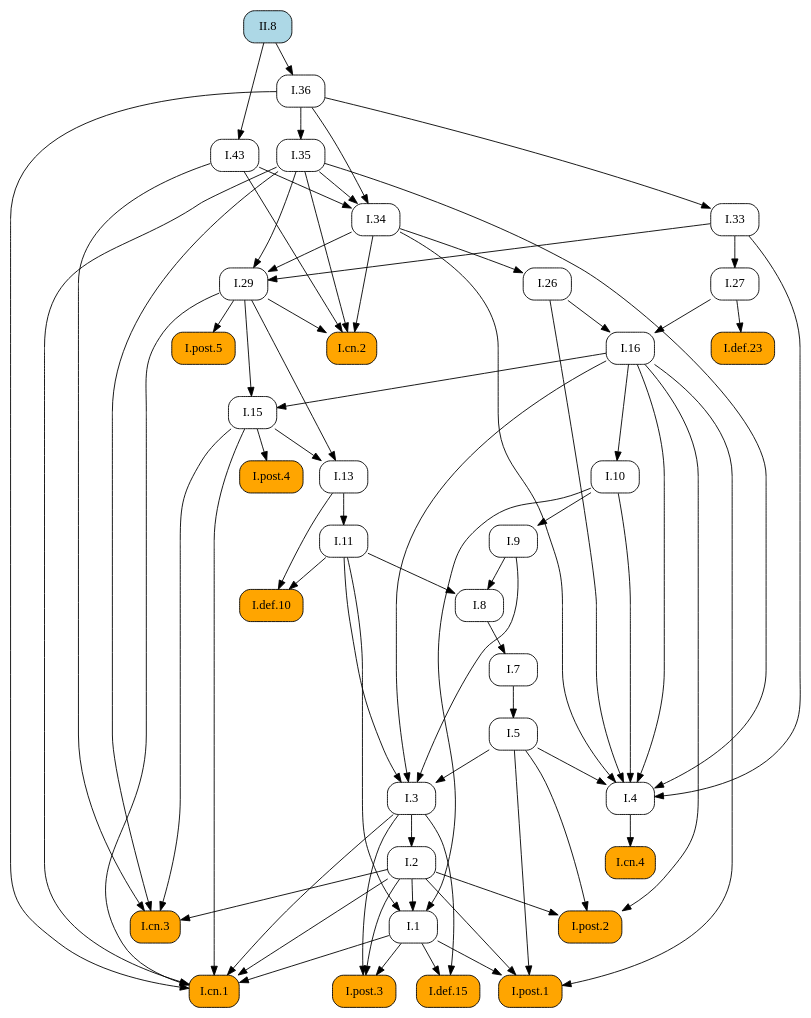
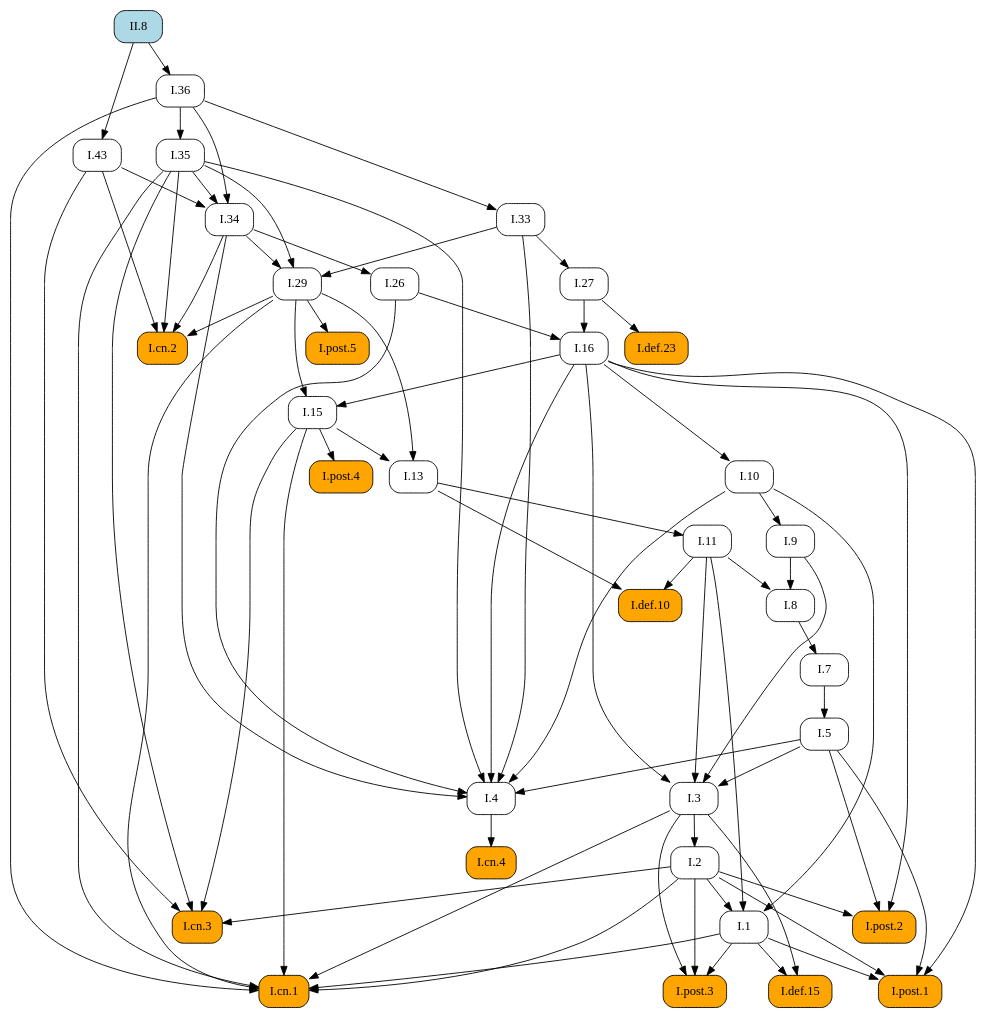
The diagram in docsrc/heath/II/8/index.rst (geometor/elements), drawn with Graphviz before and after one commit. The commit also changed other lines of this file and 1029 other files, not shown here.

```diff
--- a/docsrc/heath/II/8/index.rst
+++ b/docsrc/heath/II/8/index.rst
@@ -124,79 +124,88 @@
    digraph {
      rankdir="TB";
      node [shape=box, style=rounded];
+     "I.def.10" [style="rounded,filled", fillcolor=orange, URL="/heath/I/def.10/", target="_top"];
+     "I.11" [URL="/heath/I/11/", target="_top"];
+     "I.post.4" [style="rounded,filled", fillcolor=orange, URL="/heath/I/post.4/", target="_top"];
+     "I.1" [URL="/heath/I/1/", target="_top"];
+     "I.26" [URL="/heath/I/26/", target="_top"];
+     "I.29" [URL="/heath/I/29/", target="_top"];
+     "I.cn.2" [style="rounded,filled", fillcolor=orange, URL="/heath/I/cn.2/", target="_top"];
+     "I.def.15" [style="rounded,filled", fillcolor=orange, URL="/heath/I/def.15/", target="_top"];
+     "I.post.3" [style="rounded,filled", fillcolor=orange, URL="/heath/I/post.3/", target="_top"];
+     "I.cn.1" [style="rounded,filled", fillcolor=orange, URL="/heath/I/cn.1/", target="_top"];
      "I.cn.3" [style="rounded,filled", fillcolor=orange, URL="/heath/I/cn.3/", target="_top"];
-     "I.29" [URL="/heath/I/29/", target="_top"];
+     "I.43" [URL="/heath/I/43/", target="_top"];
+     "I.post.1" [style="rounded,filled", fillcolor=orange, URL="/heath/I/post.1/", target="_top"];
+     "I.35" [URL="/heath/I/35/", target="_top"];
+     "I.36" [URL="/heath/I/36/", target="_top"];
+     "I.27" [URL="/heath/I/27/", target="_top"];
      "I.7" [URL="/heath/I/7/", target="_top"];
-     "I.27" [URL="/heath/I/27/", target="_top"];
+     "I.34" [URL="/heath/I/34/", target="_top"];
+     "I.3" [URL="/heath/I/3/", target="_top"];
+     "I.2" [URL="/heath/I/2/", target="_top"];
+     "I.4" [URL="/heath/I/4/", target="_top"];
      "I.def.23" [style="rounded,filled", fillcolor=orange, URL="/heath/I/def.23/", target="_top"];
-     "I.34" [URL="/heath/I/34/", target="_top"];
+     "I.13" [URL="/heath/I/13/", target="_top"];
+     "I.33" [URL="/heath/I/33/", target="_top"];
+     "II.8" [style="rounded,filled", fillcolor=lightblue, URL="/heath/II/8/", target="_top"];
+     "I.post.2" [style="rounded,filled", fillcolor=orange, URL="/heath/I/post.2/", target="_top"];
+     "I.16" [URL="/heath/I/16/", target="_top"];
+     "I.9" [URL="/heath/I/9/", target="_top"];
      "I.8" [URL="/heath/I/8/", target="_top"];
-     "I.9" [URL="/heath/I/9/", target="_top"];
-     "I.post.4" [style="rounded,filled", fillcolor=orange, URL="/heath/I/post.4/", target="_top"];
-     "I.2" [URL="/heath/I/2/", target="_top"];
-     "I.def.15" [style="rounded,filled", fillcolor=orange, URL="/heath/I/def.15/", target="_top"];
-     "I.1" [URL="/heath/I/1/", target="_top"];
-     "I.post.1" [style="rounded,filled", fillcolor=orange, URL="/heath/I/post.1/", target="_top"];
      "I.cn.4" [style="rounded,filled", fillcolor=orange, URL="/heath/I/cn.4/", target="_top"];
-     "I.26" [URL="/heath/I/26/", target="_top"];
-     "I.33" [URL="/heath/I/33/", target="_top"];
-     "I.13" [URL="/heath/I/13/", target="_top"];
-     "I.cn.2" [style="rounded,filled", fillcolor=orange, URL="/heath/I/cn.2/", target="_top"];
+     "I.15" [URL="/heath/I/15/", target="_top"];
+     "I.post.5" [style="rounded,filled", fillcolor=orange, URL="/heath/I/post.5/", target="_top"];
+     "I.10" [URL="/heath/I/10/", target="_top"];
      "I.5" [URL="/heath/I/5/", target="_top"];
-     "I.11" [URL="/heath/I/11/", target="_top"];
-     "I.10" [URL="/heath/I/10/", target="_top"];
-     "I.4" [URL="/heath/I/4/", target="_top"];
-     "I.3" [URL="/heath/I/3/", target="_top"];
-     "I.16" [URL="/heath/I/16/", target="_top"];
-     "I.43" [URL="/heath/I/43/", target="_top"];
-     "I.def.10" [style="rounded,filled", fillcolor=orange, URL="/heath/I/def.10/", target="_top"];
-     "I.post.2" [style="rounded,filled", fillcolor=orange, URL="/heath/I/post.2/", target="_top"];
-     "I.post.3" [style="rounded,filled", fillcolor=orange, URL="/heath/I/post.3/", target="_top"];
-     "I.post.5" [style="rounded,filled", fillcolor=orange, URL="/heath/I/post.5/", target="_top"];
-     "I.36" [URL="/heath/I/36/", target="_top"];
-     "I.35" [URL="/heath/I/35/", target="_top"];
-     "I.15" [URL="/heath/I/15/", target="_top"];
-     "I.cn.1" [style="rounded,filled", fillcolor=orange, URL="/heath/I/cn.1/", target="_top"];
-     "II.8" [style="rounded,filled", fillcolor=lightblue, URL="/heath/II/8/", target="_top"];
+     "I.11" -> "I.def.10";
+     "I.13" -> "I.def.10";
+     "I.13" -> "I.11";
+     "I.15" -> "I.post.4";
+     "I.2" -> "I.1";
+     "I.10" -> "I.1";
+     "I.11" -> "I.1";
+     "I.34" -> "I.26";
+     "I.33" -> "I.29";
+     "I.34" -> "I.29";
+     "I.35" -> "I.29";
+     "I.29" -> "I.cn.2";
+     "I.34" -> "I.cn.2";
+     "I.35" -> "I.cn.2";
+     "I.43" -> "I.cn.2";
+     "I.1" -> "I.def.15";
+     "I.3" -> "I.def.15";
+     "I.1" -> "I.post.3";
+     "I.2" -> "I.post.3";
+     "I.3" -> "I.post.3";
+     "I.1" -> "I.cn.1";
+     "I.2" -> "I.cn.1";
+     "I.3" -> "I.cn.1";
+     "I.15" -> "I.cn.1";
+     "I.29" -> "I.cn.1";
+     "I.35" -> "I.cn.1";
+     "I.36" -> "I.cn.1";
      "I.2" -> "I.cn.3";
      "I.15" -> "I.cn.3";
      "I.35" -> "I.cn.3";
      "I.43" -> "I.cn.3";
-     "I.33" -> "I.29";
-     "I.34" -> "I.29";
-     "I.35" -> "I.29";
-     "I.8" -> "I.7";
-     "I.33" -> "I.27";
-     "I.27" -> "I.def.23";
-     "I.35" -> "I.34";
-     "I.36" -> "I.34";
-     "I.43" -> "I.34";
-     "I.9" -> "I.8";
-     "I.11" -> "I.8";
-     "I.10" -> "I.9";
-     "I.15" -> "I.post.4";
-     "I.3" -> "I.2";
-     "I.1" -> "I.def.15";
-     "I.3" -> "I.def.15";
-     "I.2" -> "I.1";
-     "I.10" -> "I.1";
-     "I.11" -> "I.1";
+     "II.8" -> "I.43";
      "I.1" -> "I.post.1";
      "I.2" -> "I.post.1";
      "I.5" -> "I.post.1";
      "I.16" -> "I.post.1";
-     "I.4" -> "I.cn.4";
-     "I.34" -> "I.26";
-     "I.36" -> "I.33";
-     "I.15" -> "I.13";
-     "I.29" -> "I.13";
-     "I.29" -> "I.cn.2";
-     "I.34" -> "I.cn.2";
-     "I.35" -> "I.cn.2";
-     "I.43" -> "I.cn.2";
-     "I.7" -> "I.5";
-     "I.13" -> "I.11";
-     "I.16" -> "I.10";
+     "I.36" -> "I.35";
+     "II.8" -> "I.36";
+     "I.33" -> "I.27";
+     "I.8" -> "I.7";
+     "I.35" -> "I.34";
+     "I.36" -> "I.34";
+     "I.43" -> "I.34";
+     "I.5" -> "I.3";
+     "I.9" -> "I.3";
+     "I.11" -> "I.3";
+     "I.16" -> "I.3";
+     "I.3" -> "I.2";
      "I.5" -> "I.4";
      "I.10" -> "I.4";
      "I.16" -> "I.4";
@@ -204,31 +213,22 @@
      "I.33" -> "I.4";
      "I.34" -> "I.4";
      "I.35" -> "I.4";
-     "I.5" -> "I.3";
-     "I.9" -> "I.3";
-     "I.11" -> "I.3";
-     "I.16" -> "I.3";
-     "I.26" -> "I.16";
-     "I.27" -> "I.16";
-     "II.8" -> "I.43";
-     "I.11" -> "I.def.10";
-     "I.13" -> "I.def.10";
+     "I.27" -> "I.def.23";
+     "I.15" -> "I.13";
+     "I.29" -> "I.13";
+     "I.36" -> "I.33";
      "I.2" -> "I.post.2";
      "I.5" -> "I.post.2";
      "I.16" -> "I.post.2";
-     "I.1" -> "I.post.3";
-     "I.2" -> "I.post.3";
-     "I.3" -> "I.post.3";
-     "I.29" -> "I.post.5";
-     "II.8" -> "I.36";
-     "I.36" -> "I.35";
+     "I.26" -> "I.16";
+     "I.27" -> "I.16";
+     "I.10" -> "I.9";
+     "I.9" -> "I.8";
+     "I.11" -> "I.8";
+     "I.4" -> "I.cn.4";
      "I.16" -> "I.15";
      "I.29" -> "I.15";
-     "I.1" -> "I.cn.1";
-     "I.2" -> "I.cn.1";
-     "I.3" -> "I.cn.1";
-     "I.15" -> "I.cn.1";
-     "I.29" -> "I.cn.1";
-     "I.35" -> "I.cn.1";
-     "I.36" -> "I.cn.1";
+     "I.29" -> "I.post.5";
+     "I.16" -> "I.10";
+     "I.7" -> "I.5";
    }
```
